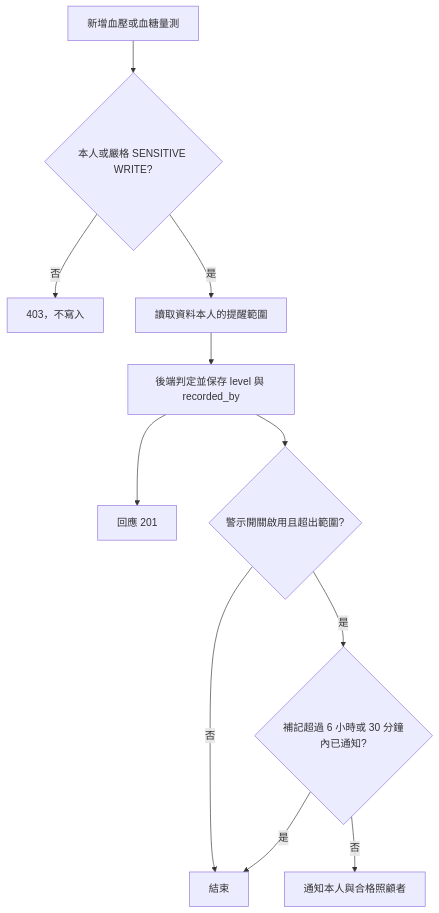
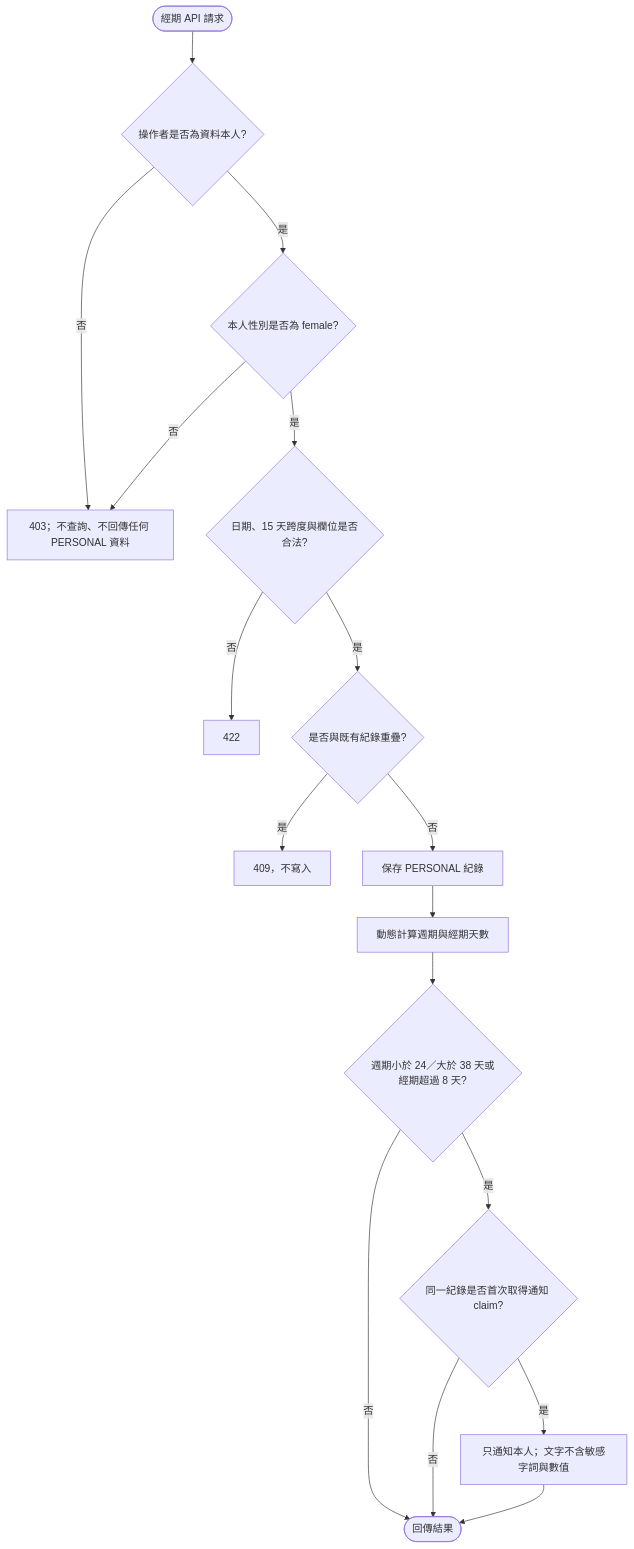
Diagram 22 of 27 in 系統設計文件(SDD).md (Yanagi-0912/CARE-Documents), drawn with Mermaid before and after one commit. The commit also changed other lines of this file and 1 other file, not shown here.

Commit message:
更新mermaid

````diff
--- a/系統設計文件(SDD).md
+++ b/系統設計文件(SDD).md
@@ -884,13 +1002,19 @@
 ```mermaid
 flowchart TD
-    A[新增血壓或血糖量測] --> B{本人或嚴格 SENSITIVE WRITE?}
-    B -- 否 --> X[403，不寫入]
-    B -- 是 --> C[讀取資料本人的提醒範圍]
-    C --> D[後端判定並保存 level 與 recorded_by]
-    D --> E[回應 201]
-    D --> F{警示開關啟用且超出範圍?}
-    F -- 否 --> Z[結束]
-    F -- 是 --> G{補記超過 6 小時或 30 分鐘內已通知?}
-    G -- 是 --> Z
-    G -- 否 --> H[通知本人與合格照顧者]
+    A([經期 API 請求]) --> B{操作者是否為資料本人?}
+    B -->|否| Deny[403；不查詢、不回傳任何 PERSONAL 資料]
+    B -->|是| C{本人性別是否為 female?}
+    C -->|否| Deny
+    C -->|是| D{日期、15 天跨度與欄位是否合法?}
+    D -->|否| Invalid[422]
+    D -->|是| E{是否與既有紀錄重疊?}
+    E -->|是| Conflict[409，不寫入]
+    E -->|否| Save[保存 PERSONAL 紀錄]
+    Save --> Compute[動態計算週期與經期天數]
+    Compute --> Anomaly{週期小於 24／大於 38 天或經期超過 8 天?}
+    Anomaly -->|否| Done([回傳結果])
+    Anomaly -->|是| Claim{同一紀錄是否首次取得通知 claim?}
+    Claim -->|否| Done
+    Claim -->|是| Push[只通知本人；文字不含敏感字詞與數值]
+    Push --> Done
 ```
````
